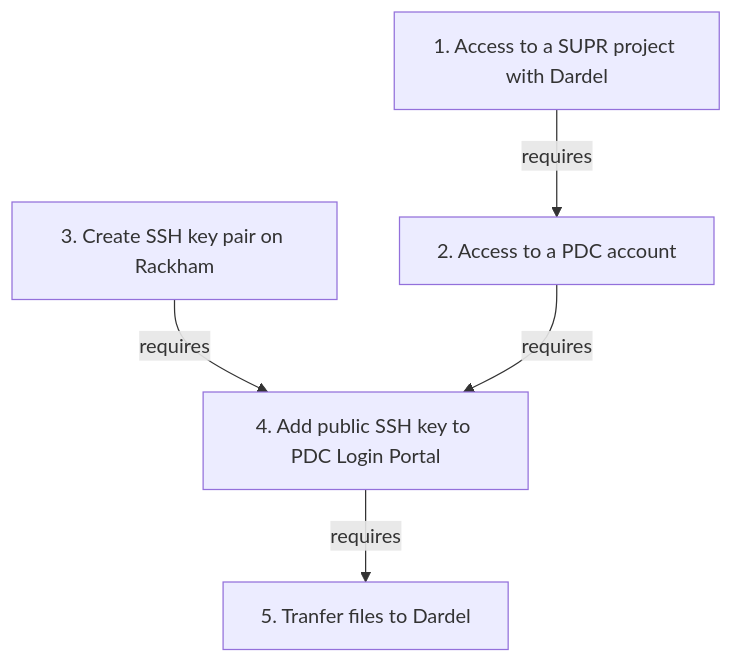
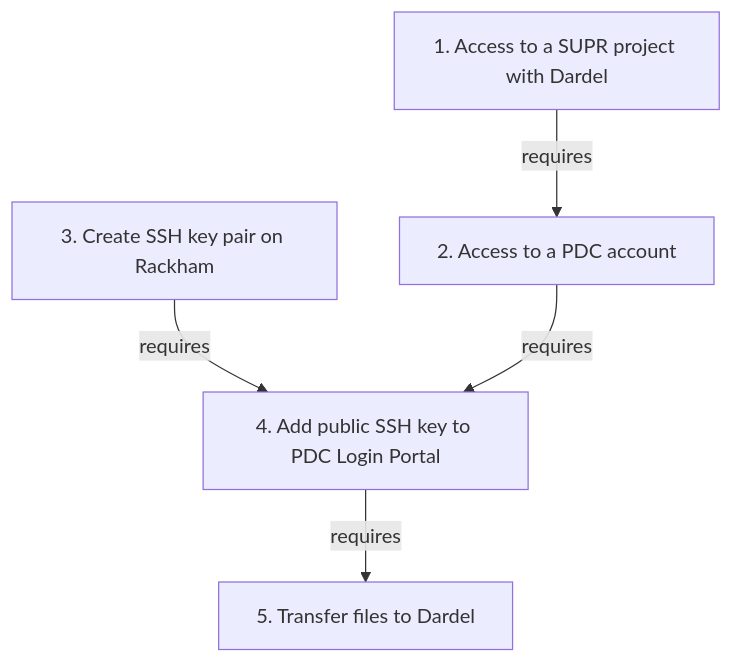
One commit to UPPMAX/UPPMAX-documentation changed the diagram in docs/cluster_guides/transfer_dardel.md. Above: the diagram before and after it, drawn with Mermaid. The commit also changed 1 other file, not shown here.

Commit message:
Can transfer files using rsync, progress #63

````diff
--- a/docs/cluster_guides/transfer_dardel.md
+++ b/docs/cluster_guides/transfer_dardel.md
@@ -23,13 +23,13 @@
 ```mermaid
 flowchart TD
   get_supr_project[1. Access to a SUPR project with Dardel]
   get_pdc_account[2. Access to a PDC account]
   create_ssh_key[3. Create SSH key pair on Rackham]
   add_ssh_key[4. Add public SSH key to PDC Login Portal]
-  transfer_files[5. Tranfer files to Dardel]
+  transfer_files[5. Transfer files to Dardel]
 
   get_supr_project --> |requires| get_pdc_account
   create_ssh_key --> |requires| add_ssh_key
   get_pdc_account --> |requires| add_ssh_key
   add_ssh_key --> |requires| transfer_files
 ```
````
